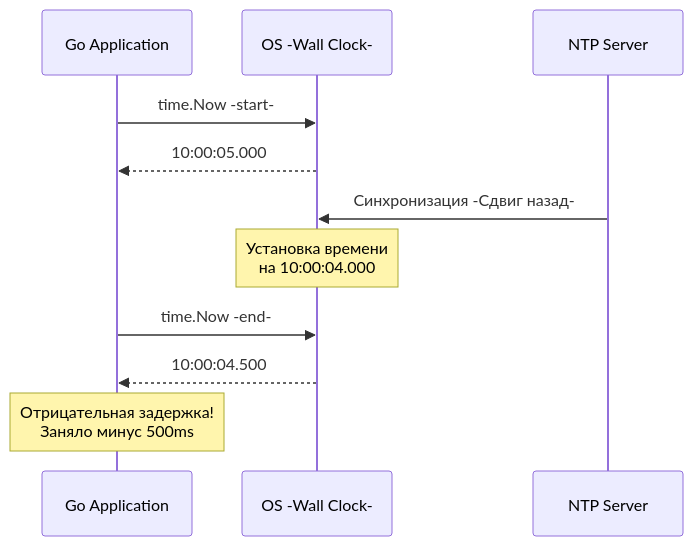
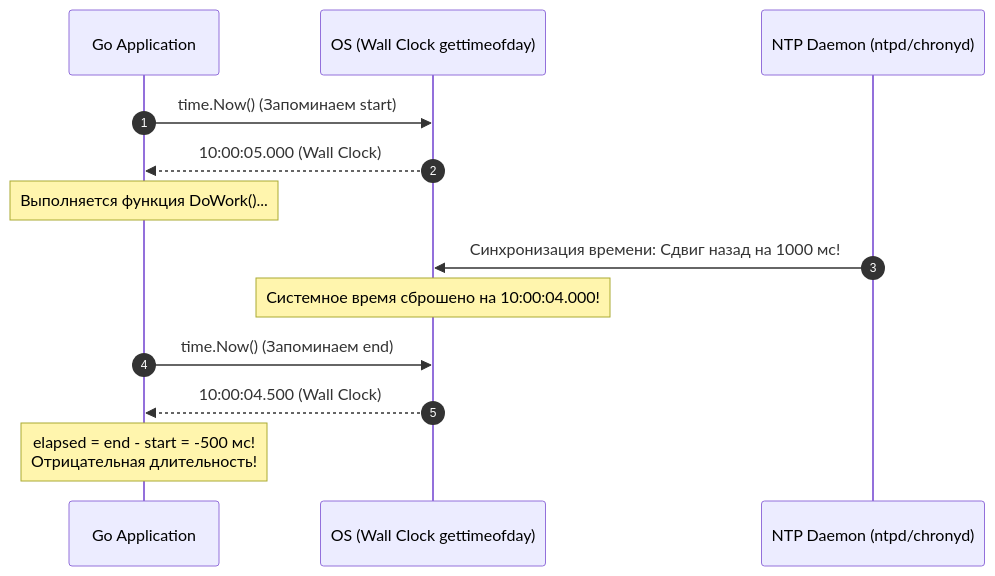
The first of 3 diagrams in sources/14. Распределенные системы на Go/01. Основы/5. Time и clock drift.md (UnrealTemplier/go-textbook), drawn with Mermaid before and after one commit. The commit also changed other lines of this file, not shown here.

Commit message:
feat(module-14): editorial rewrite of lecture 5 (Time и clock drift) in Subsection 1 in Kernighan style

````diff
--- a/sources/14. Распределенные системы на Go/01. Основы/5. Time и clock drift.md
+++ b/sources/14. Распределенные системы на Go/01. Основы/5. Time и clock drift.md
@@ -35,14 +56,16 @@
 ```mermaid
 sequenceDiagram
+    autonumber
     participant App as Go Application
-    participant OS as OS -Wall Clock-
-    participant NTP as NTP Server
+    participant OS as OS (Wall Clock gettimeofday)
+    participant NTP as NTP Daemon (ntpd/chronyd)
 
-    App->>OS: time.Now -start-
-    OS-->>App: 10:00:05.000
-    NTP->>OS: Синхронизация -Сдвиг назад-
-    Note over OS: Установка времени<br>на 10:00:04.000
-    App->>OS: time.Now -end-
-    OS-->>App: 10:00:04.500
-    Note over App: Отрицательная задержка!<br>Заняло минус 500ms
+    App->>OS: time.Now() (Запоминаем start)
+    OS-->>App: 10:00:05.000 (Wall Clock)
+    Note over App: Выполняется функция DoWork()...
+    NTP->>OS: Синхронизация времени: Сдвиг назад на 1000 мс!
+    Note over OS: Системное время сброшено на 10:00:04.000!
+    App->>OS: time.Now() (Запоминаем end)
+    OS-->>App: 10:00:04.500 (Wall Clock)
+    Note over App: elapsed = end - start = -500 мс!<br>Отрицательная длительность!
 ```
````
